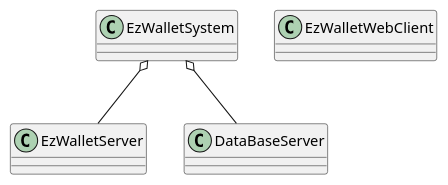
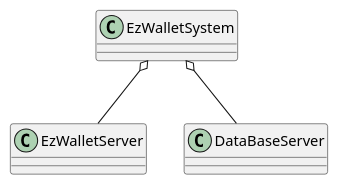
One commit to lara-m2000/ezwallet changed the fourth of 5 diagrams in RequirementsDocumentV1.md. Above: the diagram before and after it, drawn with PlantUML. The commit also changed other lines of this file, not shown here.

Commit message:
docs: updated system design and deployment diagram

````diff
--- a/RequirementsDocumentV1.md
+++ b/RequirementsDocumentV1.md
@@ -549,13 +549,12 @@
 ```plantuml
 @startuml
 
 class EzWalletSystem
 class EzWalletServer
-class EzWalletWebClient
 
 EzWalletSystem o-- EzWalletServer
 EzWalletSystem o-- DataBaseServer
 
 
 @enduml
 ```
````
